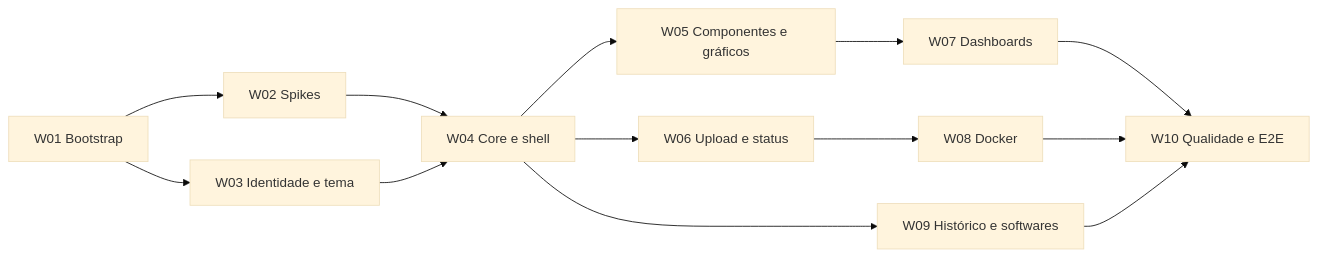
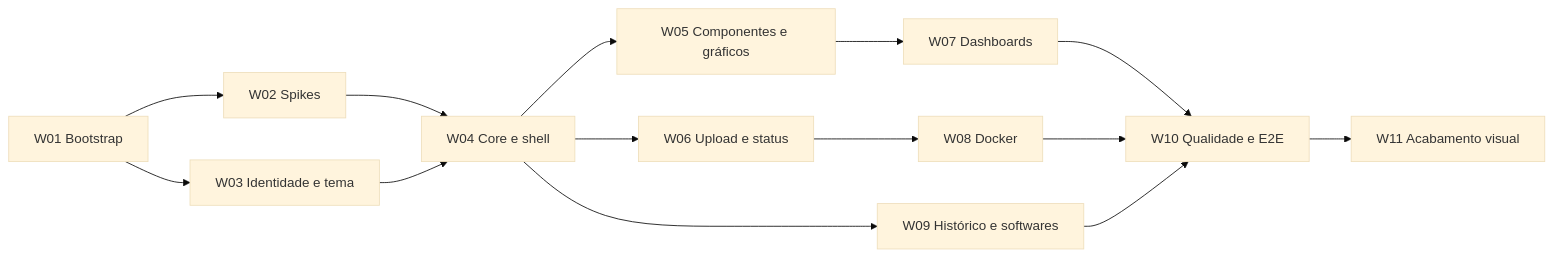
Before and after one commit to MaiconThales/jmc-ai-analyzer-web: the diagram in .spec/0.1.0/tasks.md, drawn with Mermaid (base theme). The commit also changed other lines of this file and 57 other files, not shown here.

````diff
--- a/.spec/0.1.0/tasks.md
+++ b/.spec/0.1.0/tasks.md
@@ -20,15 +20,16 @@
 ```mermaid
 flowchart LR
     W01[W01 Bootstrap] --> W02[W02 Spikes]
     W01 --> W03[W03 Identidade e tema]
     W02 --> W04[W04 Core e shell]
     W03 --> W04
     W04 --> W05[W05 Componentes e gráficos]
     W04 --> W06[W06 Upload e status]
     W05 --> W07[W07 Dashboards]
     W04 --> W09[W09 Histórico e softwares]
     W06 --> W08[W08 Docker]
     W07 --> W10[W10 Qualidade e E2E]
     W08 --> W10
     W09 --> W10
+    W10 --> W11[W11 Acabamento visual]
 ```
````
